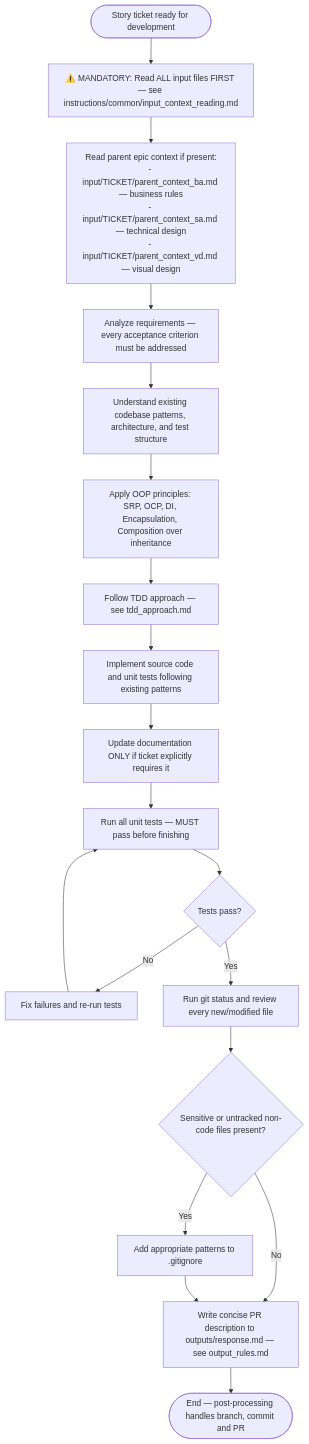
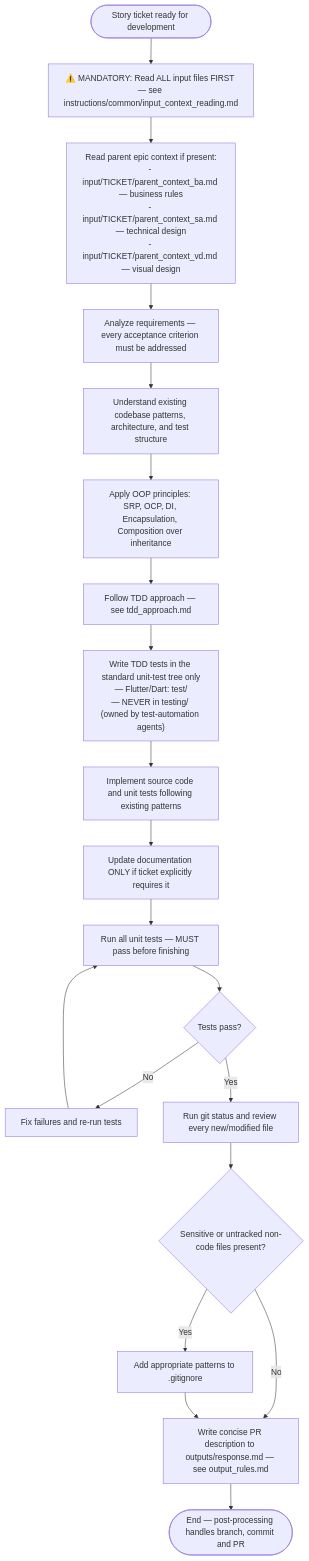
The diagram in instructions/story_development/general_guidelines.md (IstiN/dmtools-agents), drawn with Mermaid before and after one commit. The commit also changed 1 other file, not shown here.

Commit message:
docs(story_development): clarify where TDD tests must be written
- tdd_approach.md now explicitly says unit/widget tests go to the project's
  standard unit-test tree (test/ for Flutter/Dart) and must never go under
  testing/.
- general_guidelines.md adds a dedicated TEST_LOC step before IMPLEMENT.

````diff
--- a/instructions/story_development/general_guidelines.md
+++ b/instructions/story_development/general_guidelines.md
@@ -1,21 +1,22 @@
 ```mermaid
 flowchart TD
     START([Story ticket ready for development]) --> READ_INPUT["⚠️ MANDATORY: Read ALL input files FIRST — see instructions/common/input_context_reading.md"]
     READ_INPUT --> PARENT["Read parent epic context if present:<br/>- input/TICKET/parent_context_ba.md — business rules<br/>- input/TICKET/parent_context_sa.md — technical design<br/>- input/TICKET/parent_context_vd.md — visual design"]
     PARENT --> ANALYZE["Analyze requirements — every acceptance criterion must be addressed"]
     ANALYZE --> ARCH["Understand existing codebase patterns, architecture, and test structure"]
     ARCH --> PRINCIPLES["Apply OOP principles: SRP, OCP, DI, Encapsulation, Composition over inheritance"]
     PRINCIPLES --> TDD["Follow TDD approach — see tdd_approach.md"]
-    TDD --> IMPLEMENT["Implement source code and unit tests following existing patterns"]
+    TDD --> TEST_LOC["Write TDD tests in the standard unit-test tree only<br/>— Flutter/Dart: test/<br/>— NEVER in testing/ (owned by test-automation agents)"]
+    TEST_LOC --> IMPLEMENT["Implement source code and unit tests following existing patterns"]
     IMPLEMENT --> DOCS["Update documentation ONLY if ticket explicitly requires it"]
     DOCS --> RUN["Run all unit tests — MUST pass before finishing"]
     RUN --> PASS{Tests pass?}
     PASS -->|No| FIX["Fix failures and re-run tests"]
     FIX --> RUN
     PASS -->|Yes| GITSTATUS["Run git status and review every new/modified file"]
     GITSTATUS --> SECRETS{Sensitive or untracked non-code files present?}
     SECRETS -->|Yes| IGNORE["Add appropriate patterns to .gitignore"]
     SECRETS -->|No| SUMMARY["Write concise PR description to outputs/response.md — see output_rules.md"]
     IGNORE --> SUMMARY
     SUMMARY --> END([End — post-processing handles branch, commit and PR])
 ```
````
